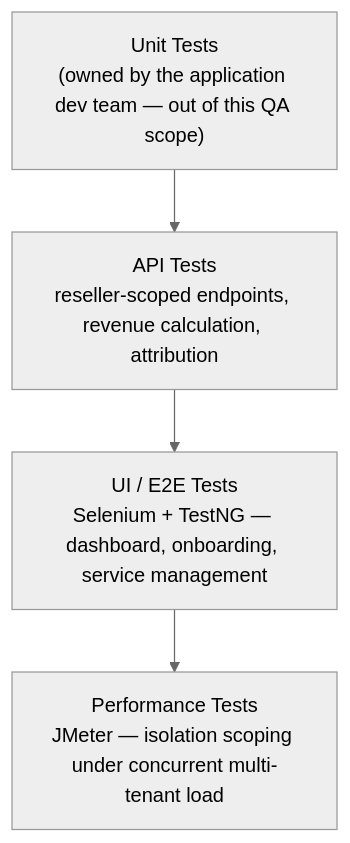
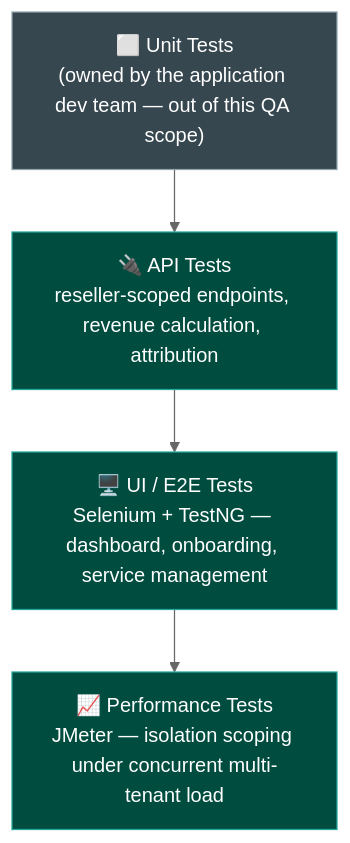
Before and after one commit to ghanendra-sdet/reseller-management-platform: the first of 2 diagrams in docs/tech-and-skills.md, drawn with Mermaid (neutral theme). The commit also changed other lines of this file, not shown here.

Commit message:
docs: enrich tech-and-skills diagrams

````diff
--- a/docs/tech-and-skills.md
+++ b/docs/tech-and-skills.md
@@ -38,8 +38,14 @@
 ```mermaid
 flowchart TD
-    UNIT["Unit Tests<br/>(owned by the application dev team — out of this QA scope)"]
-    API["API Tests<br/>reseller-scoped endpoints, revenue calculation, attribution"]
-    UI["UI / E2E Tests<br/>Selenium + TestNG — dashboard, onboarding, service management"]
-    PERF["Performance Tests<br/>JMeter — isolation scoping under concurrent multi-tenant load"]
+    UNIT["⬜ Unit Tests<br/>(owned by the application dev team — out of this QA scope)"]
+    API["🔌 API Tests<br/>reseller-scoped endpoints, revenue calculation, attribution"]
+    UI["🖥️ UI / E2E Tests<br/>Selenium + TestNG — dashboard, onboarding, service management"]
+    PERF["📈 Performance Tests<br/>JMeter — isolation scoping under concurrent multi-tenant load"]
     UNIT --> API --> UI --> PERF
+
+    classDef outOfScope fill:#37474f,color:#fff,stroke:#90a4ae,stroke-width:1px
+    classDef inScope fill:#004d40,color:#fff,stroke:#26a69a,stroke-width:1px
+
+    class UNIT outOfScope
+    class API,UI,PERF inScope
 ```
````
